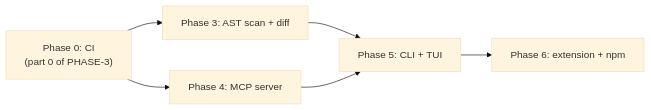
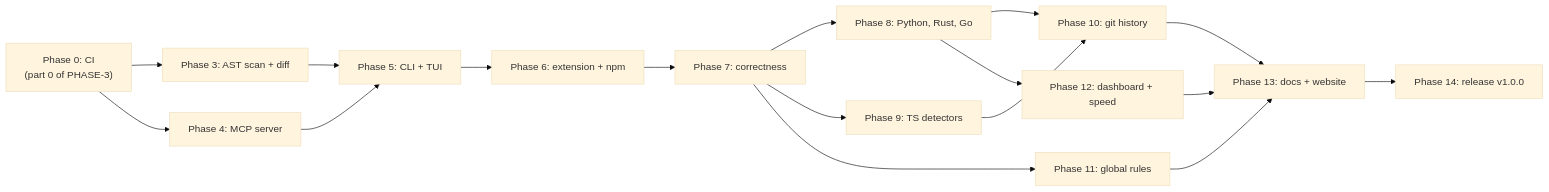
One commit to efadhemon/opentaste changed the diagram in AGENTS.md. Above: the diagram before and after it, drawn with Mermaid (base theme). The commit also changed other lines of this file and 9 other files, not shown here.

````diff
--- a/AGENTS.md
+++ b/AGENTS.md
@@ -131,13 +131,32 @@
 ```mermaid
 flowchart LR
   P0["Phase 0: CI<br/>(part 0 of PHASE-3)"]
   P3["Phase 3: AST scan + diff"]
   P4["Phase 4: MCP server"]
   P5["Phase 5: CLI + TUI"]
   P6["Phase 6: extension + npm"]
   P0 --> P3
   P0 --> P4
   P3 --> P5
   P4 --> P5
   P5 --> P6
+  P7["Phase 7: correctness"]
+  P8["Phase 8: Python, Rust, Go"]
+  P9["Phase 9: TS detectors"]
+  P10["Phase 10: git history"]
+  P11["Phase 11: global rules"]
+  P12["Phase 12: dashboard + speed"]
+  P13["Phase 13: docs + website"]
+  P14["Phase 14: release v1.0.0"]
+  P6 --> P7
+  P7 --> P8
+  P7 --> P9
+  P7 --> P11
+  P8 --> P10
+  P9 --> P10
+  P8 --> P12
+  P10 --> P13
+  P11 --> P13
+  P12 --> P13
+  P13 --> P14
 ```
````
